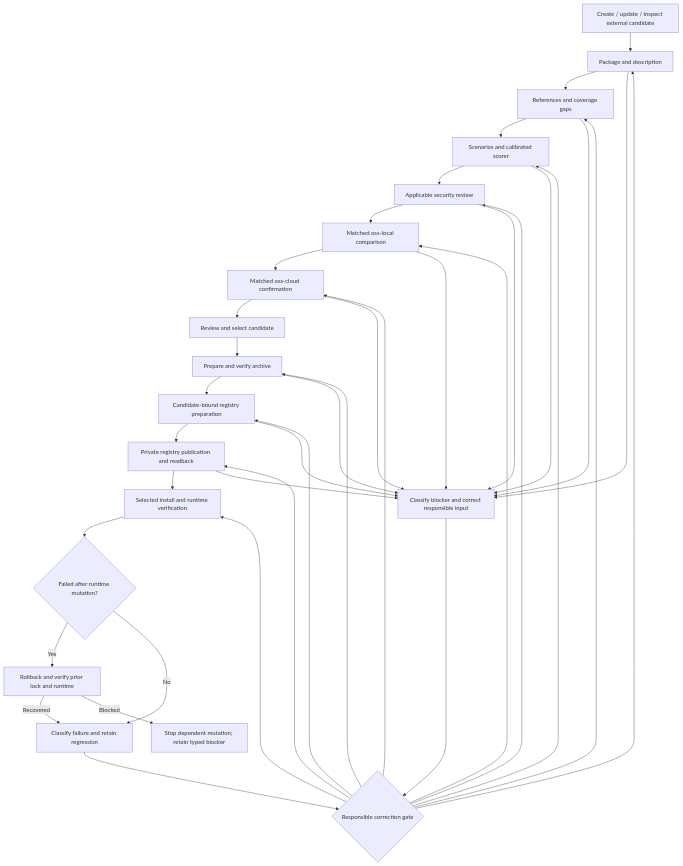
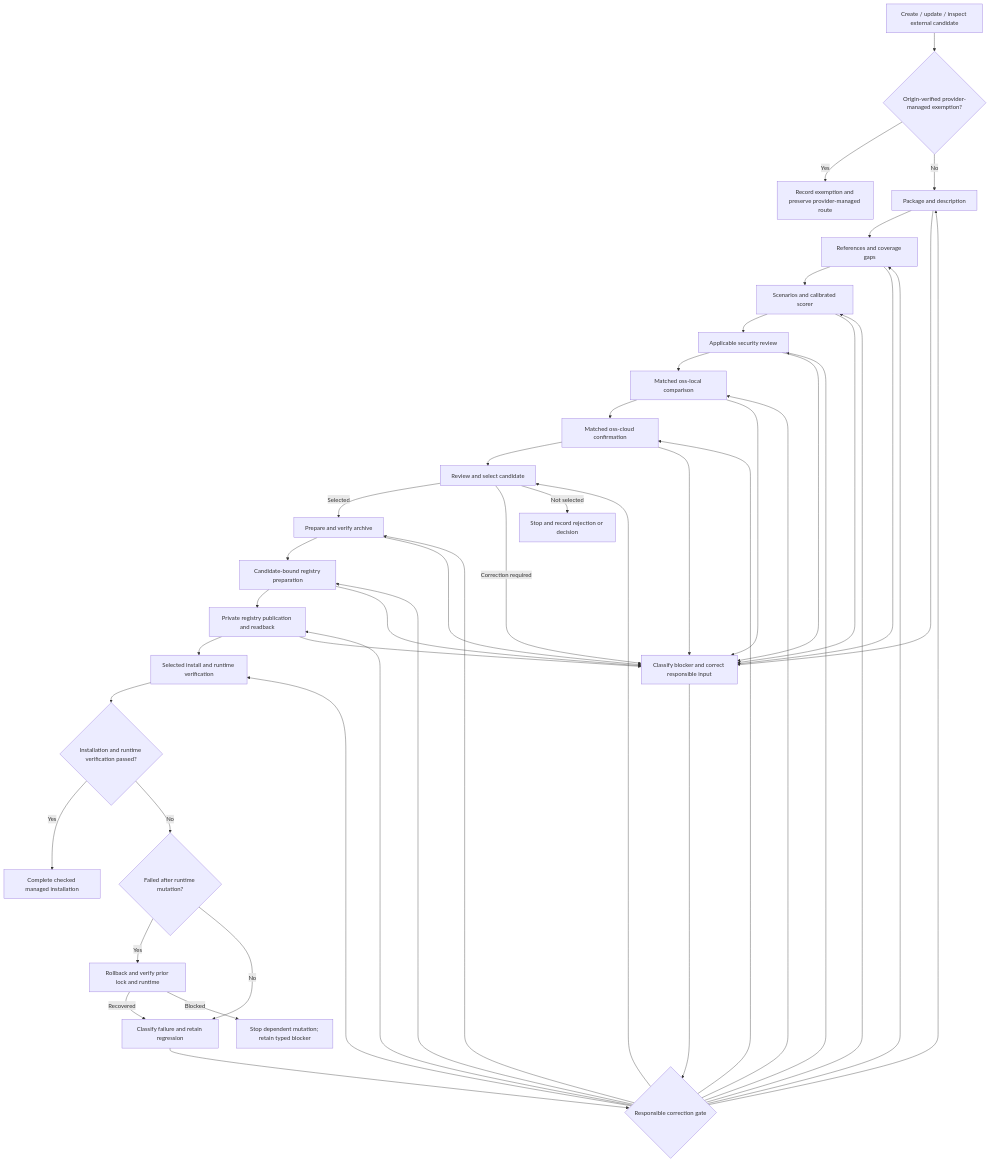
Before and after one commit to jscraik/skills-sdk: the diagram in docs/workflow.md, drawn with Mermaid. The commit also changed 3 other files, not shown here.

````diff
--- a/docs/workflow.md
+++ b/docs/workflow.md
@@ -24,40 +24,47 @@
 ```mermaid
 flowchart TD
-  R[Create / update / inspect external candidate] --> P[Package and description]
+  R[Create / update / inspect external candidate] --> O{Origin-verified provider-managed exemption?}
+  O -->|Yes| EX[Record exemption and preserve provider-managed route]
+  O -->|No| P[Package and description]
   P --> F[References and coverage gaps]
   F --> E[Scenarios and calibrated scorer]
   E --> S[Applicable security review]
   S --> L[Matched oss-local comparison]
   L --> C[Matched oss-cloud confirmation]
   C --> D[Review and select candidate]
-  D --> A[Prepare and verify archive]
+  D -->|Selected| A[Prepare and verify archive]
+  D -->|Correction required| X
+  D -->|Not selected| N[Stop and record rejection or decision]
   A --> G[Candidate-bound registry preparation]
   G --> T[Private registry publication and readback]
   T --> I[Selected install and runtime verification]
   P --> X[Classify blocker and correct responsible input]
   F --> X
   E --> X
   S --> X
   L --> X
   C --> X
   A --> X
   G --> X
   T --> X
   X --> Y{Responsible correction gate}
   Y --> P
   Y --> F
   Y --> E
   Y --> S
   Y --> L
   Y --> C
+  Y --> D
   Y --> A
   Y --> G
   Y --> T
   Y --> I
-  I --> W{Failed after runtime mutation?}
+  I --> J{Installation and runtime verification passed?}
+  J -->|Yes| K[Complete checked managed installation]
+  J -->|No| W{Failed after runtime mutation?}
   W -->|Yes| V[Rollback and verify prior lock and runtime]
   V -->|Recovered| B[Classify failure and retain regression]
   V -->|Blocked| Z[Stop dependent mutation; retain typed blocker]
   W -->|No| B
   B --> Y
 ```
````
